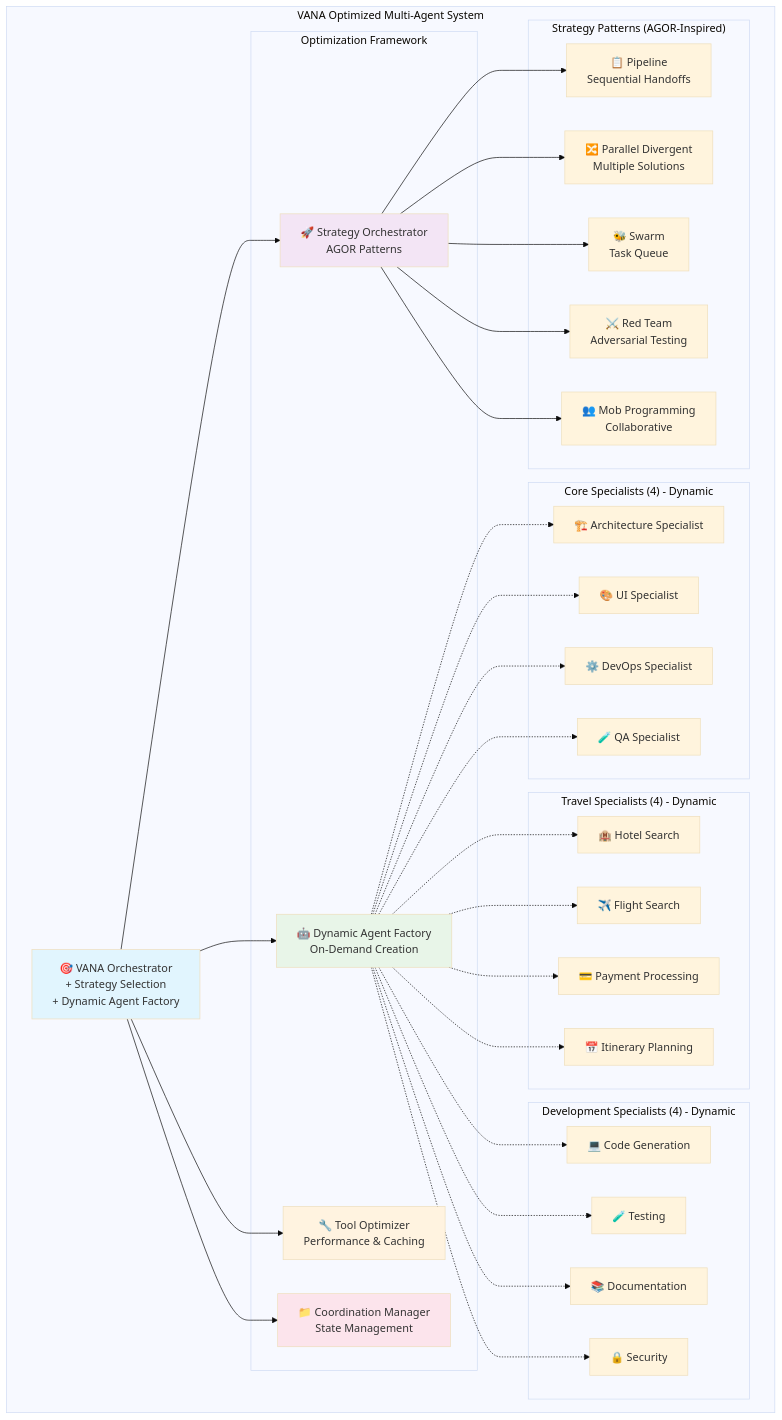
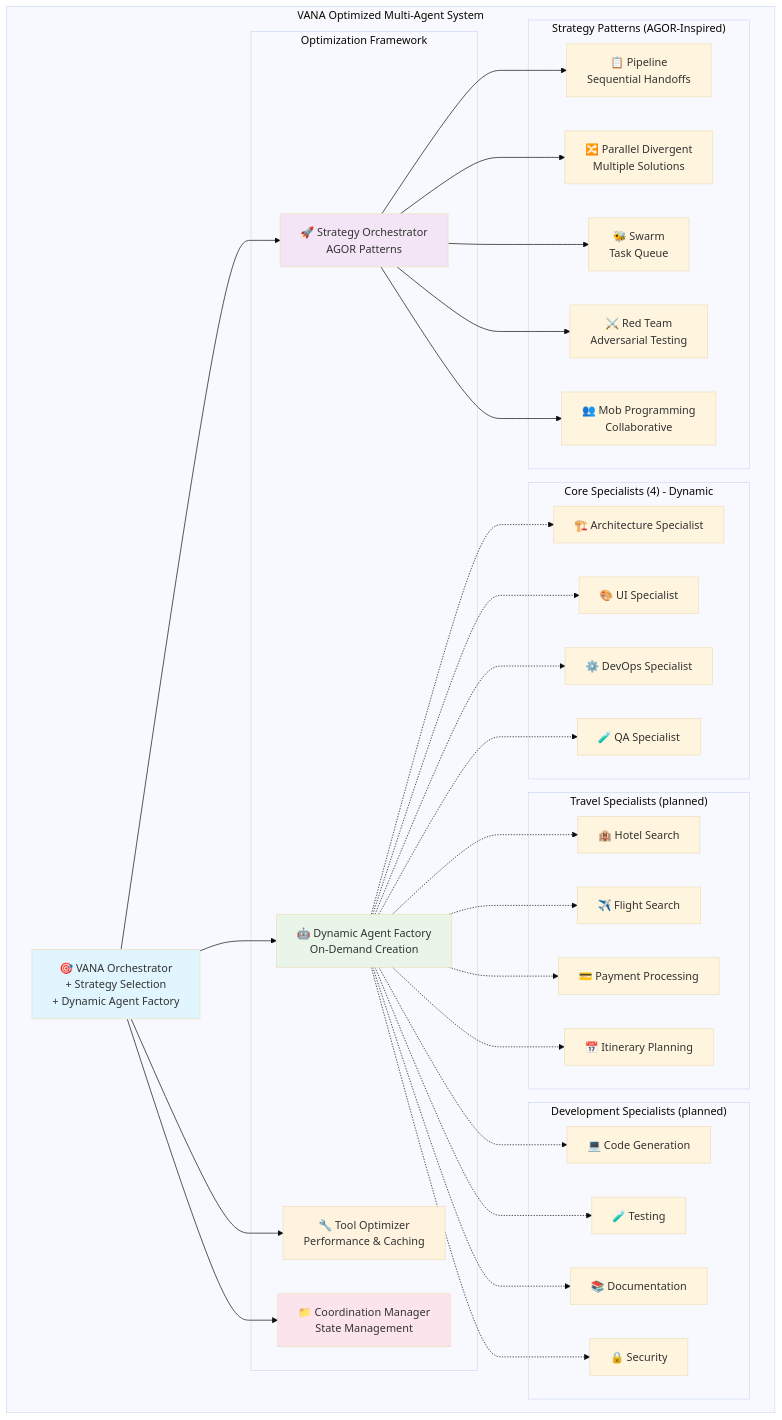
The diagram in docs/architecture/agents.md (NickB03/vana), drawn with Mermaid (base theme) before and after one commit. The commit also changed other lines of this file and 12 other files, not shown here.

````diff
--- a/docs/architecture/agents.md
+++ b/docs/architecture/agents.md
@@ -11,72 +13,72 @@
 ```mermaid
 graph TB
     subgraph "VANA Optimized Multi-Agent System"
         VANA[🎯 VANA Orchestrator<br/>+ Strategy Selection<br/>+ Dynamic Agent Factory]
 
         subgraph "Optimization Framework"
             SO[🚀 Strategy Orchestrator<br/>AGOR Patterns]
             DAF[🤖 Dynamic Agent Factory<br/>On-Demand Creation]
             TO[🔧 Tool Optimizer<br/>Performance & Caching]
             CM[📁 Coordination Manager<br/>State Management]
         end
 
         subgraph "Core Specialists (4) - Dynamic"
             AS[🏗️ Architecture Specialist]
             US[🎨 UI Specialist]
             DS[⚙️ DevOps Specialist]
             QS[🧪 QA Specialist]
         end
 
-        subgraph "Travel Specialists (4) - Dynamic"
+        subgraph "Travel Specialists (planned)"
             HS[🏨 Hotel Search]
             FS[✈️ Flight Search]
             PP[💳 Payment Processing]
             IP[📅 Itinerary Planning]
         end
 
-        subgraph "Development Specialists (4) - Dynamic"
+        subgraph "Development Specialists (planned)"
             CG[💻 Code Generation]
             TE[🧪 Testing]
             DOC[📚 Documentation]
             SEC[🔒 Security]
         end
 
         subgraph "Strategy Patterns (AGOR-Inspired)"
             PIPE[📋 Pipeline<br/>Sequential Handoffs]
             PARA[🔀 Parallel Divergent<br/>Multiple Solutions]
             SWARM[🐝 Swarm<br/>Task Queue]
             RED[⚔️ Red Team<br/>Adversarial Testing]
             MOB[👥 Mob Programming<br/>Collaborative]
         end
     end
 
     VANA --> SO
     VANA --> DAF
     VANA --> TO
     VANA --> CM
 
     SO --> PIPE
     SO --> PARA
     SO --> SWARM
     SO --> RED
     SO --> MOB
 
     DAF -.-> AS
     DAF -.-> US
     DAF -.-> DS
     DAF -.-> QS
     DAF -.-> HS
     DAF -.-> FS
     DAF -.-> PP
     DAF -.-> IP
     DAF -.-> CG
     DAF -.-> TE
     DAF -.-> DOC
     DAF -.-> SEC
 
     style VANA fill:#e1f5fe
     style SO fill:#f3e5f5
     style DAF fill:#e8f5e8
     style TO fill:#fff3e0
     style CM fill:#fce4ec
 ```
````
